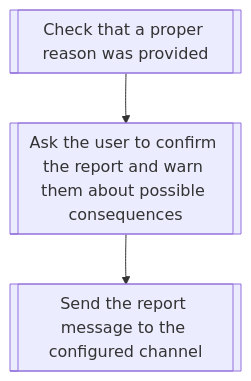
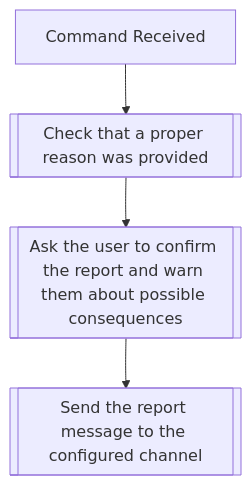
One commit to dorythecat/TransforMate changed the diagram in docs/commands/others/report.md. Above: the diagram before and after it, drawn with Mermaid. The commit also changed 6 other files, not shown here.

Commit message:
Made command documentation flow graphs better

````diff
--- a/docs/commands/others/report.md
+++ b/docs/commands/others/report.md
@@ -29,5 +29,6 @@
 ```mermaid
 flowchart TD
-    CheckReason[[Check that a proper reason was provided]] --> AskConfirmation[[Ask the user to confirm the report and warn them about possible consequences]]
+    CommandReceived[Command Received] --> CheckReason[[Check that a proper reason was provided]] 
+    CheckReason --> AskConfirmation[[Ask the user to confirm the report and warn them about possible consequences]]
     AskConfirmation --> Report[[Send the report message to the configured channel]]
 ```
````
